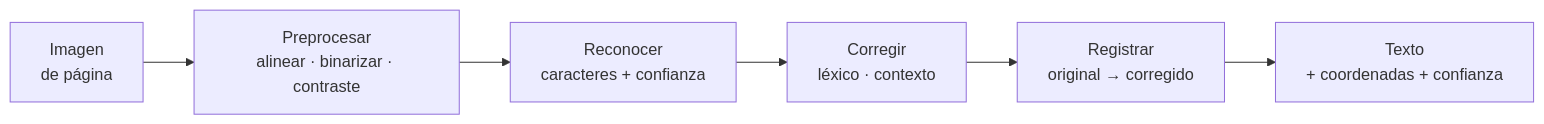
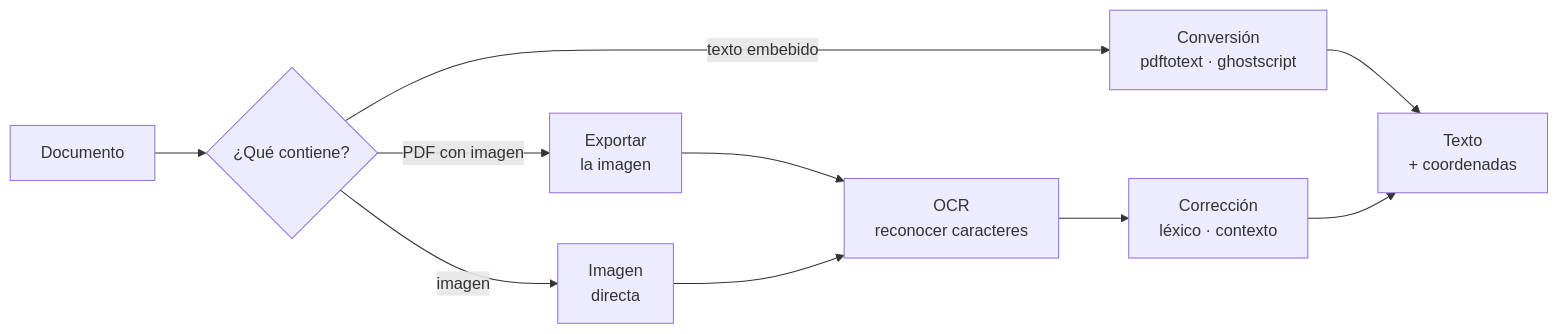
One commit to mariogarcia-ar/docflow changed the second of 6 diagrams in README.md. Above: the diagram before and after it, drawn with Mermaid. The commit also changed other lines of this file, not shown here.

Commit message:
Refactor README.md to enhance the classification component with detailed explanations and flow diagrams

````diff
--- a/README.md
+++ b/README.md
@@ -20,8 +69,12 @@
 ```mermaid
 graph LR
-    A["Imagen<br/>de página"] --> B["Preprocesar<br/>alinear · binarizar · contraste"]
-    B --> C["Reconocer<br/>caracteres + confianza"]
-    C --> D["Corregir<br/>léxico · contexto"]
-    D --> E["Registrar<br/>original → corregido"]
-    E --> F["Texto<br/>+ coordenadas + confianza"]
+    A["Documento"] --> B{"¿Qué contiene?"}
+    B -->|"texto embebido"| C["Conversión<br/>pdftotext · ghostscript"]
+    B -->|"PDF con imagen"| D["Exportar<br/>la imagen"]
+    B -->|"imagen"| E["Imagen<br/>directa"]
+    D --> F["OCR<br/>reconocer caracteres"]
+    E --> F
+    F --> G["Corrección<br/>léxico · contexto"]
+    C --> H["Texto<br/>+ coordenadas"]
+    G --> H
 ```
````
